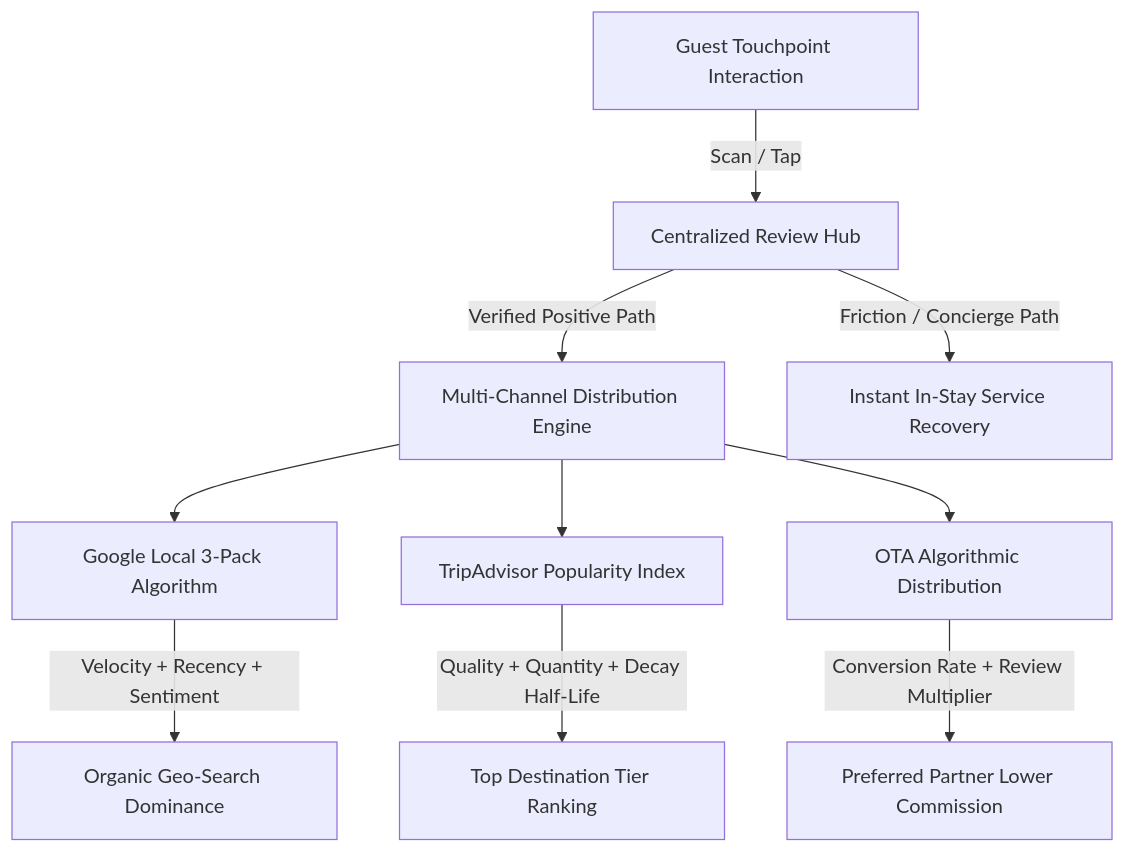
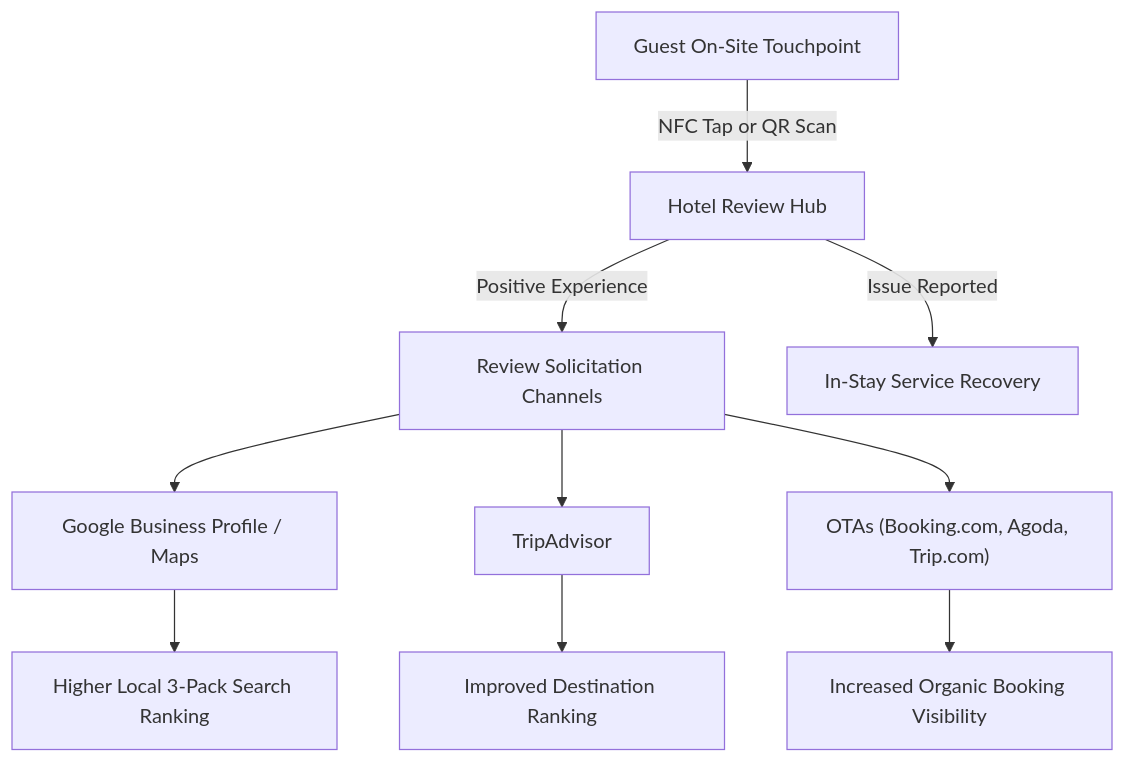
One commit to zx0r/hotel-review-management changed the first of 3 diagrams in README.md. Above: the diagram before and after it, drawn with Mermaid. The commit also changed other lines of this file, not shown here.

````diff
--- a/README.md
+++ b/README.md
@@ -67,14 +65,14 @@
 ```mermaid
 graph TD
-    A["Guest Touchpoint Interaction"] -->|Scan / Tap| B["Centralized Review Hub"]
-    B -->|Verified Positive Path| C["Multi-Channel Distribution Engine"]
-    B -->|Friction / Concierge Path| D["Instant In-Stay Service Recovery"]
-    
-    C --> E["Google Local 3-Pack Algorithm"]
-    C --> F["TripAdvisor Popularity Index"]
-    C --> G["OTA Algorithmic Distribution"]
+    A["Guest On-Site Touchpoint"] -->|NFC Tap or QR Scan| B["Hotel Review Hub"]
+    B -->|Positive Experience| C["Review Solicitation Channels"]
+    B -->|Issue Reported| D["In-Stay Service Recovery"]
 
-    E -->|Velocity + Recency + Sentiment| H["Organic Geo-Search Dominance"]
-    F -->|Quality + Quantity + Decay Half-Life| I["Top Destination Tier Ranking"]
-    G -->|Conversion Rate + Review Multiplier| J["Preferred Partner Lower Commission"]
+    C --> E["Google Business Profile / Maps"]
+    C --> F["TripAdvisor"]
+    C --> G["OTAs (Booking.com, Agoda, Trip.com)"]
+
+    E --> H["Higher Local 3-Pack Search Ranking"]
+    F --> I["Improved Destination Ranking"]
+    G --> J["Increased Organic Booking Visibility"]
 ```
````
